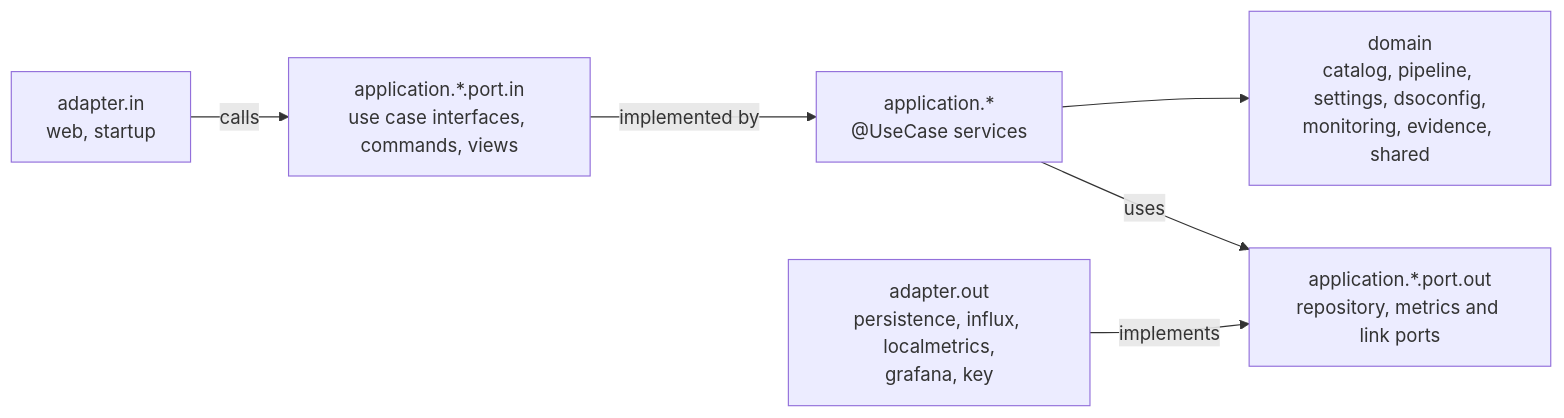
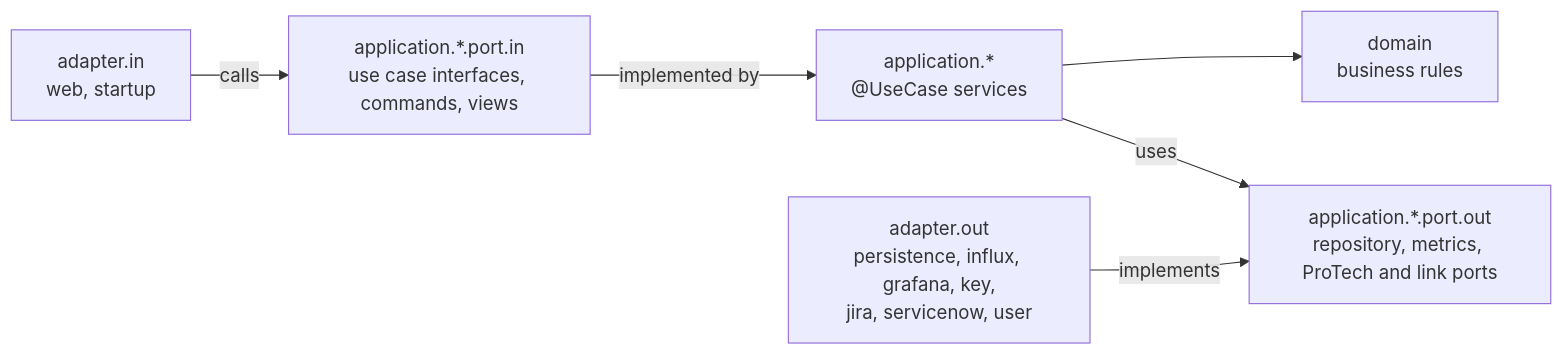
Before and after one commit to mateuszmatan/DSOMgmtPortal: the third of 4 diagrams in README.md, drawn with Mermaid. The commit also changed other lines of this file and 173 other files, not shown here.

````diff
--- a/README.md
+++ b/README.md
@@ -512,14 +829,14 @@
 ```mermaid
 flowchart LR
     ain["adapter.in<br/>web, startup"]
     pin["application.*.port.in<br/>use case interfaces, commands, views"]
     usecases["application.*<br/>@UseCase services"]
-    domain["domain<br/>catalog, pipeline, settings, dsoconfig,<br/>monitoring, evidence, shared"]
-    pout["application.*.port.out<br/>repository, metrics and link ports"]
-    aout["adapter.out<br/>persistence, influx, localmetrics,<br/>grafana, key"]
+    domain["domain<br/>business rules"]
+    pout["application.*.port.out<br/>repository, metrics, ProTech and link ports"]
+    aout["adapter.out<br/>persistence, influx, grafana, key,<br/>jira, servicenow, user"]
     ain -- "calls" --> pin
     pin -- "implemented by" --> usecases
     usecases --> domain
     usecases -- "uses" --> pout
     aout -- "implements" --> pout
 ```
````
